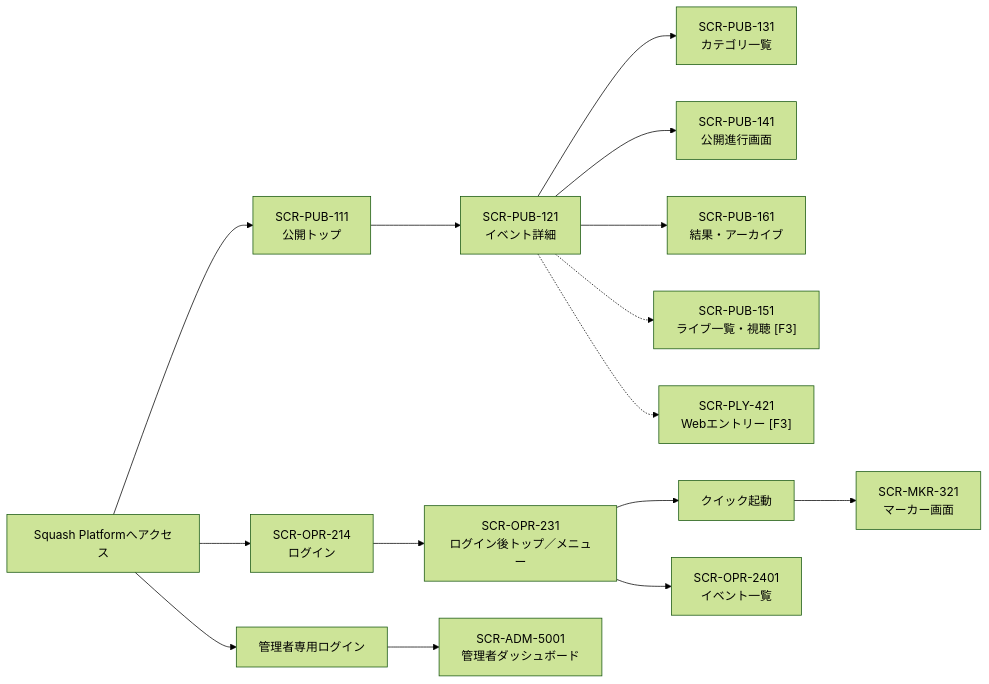
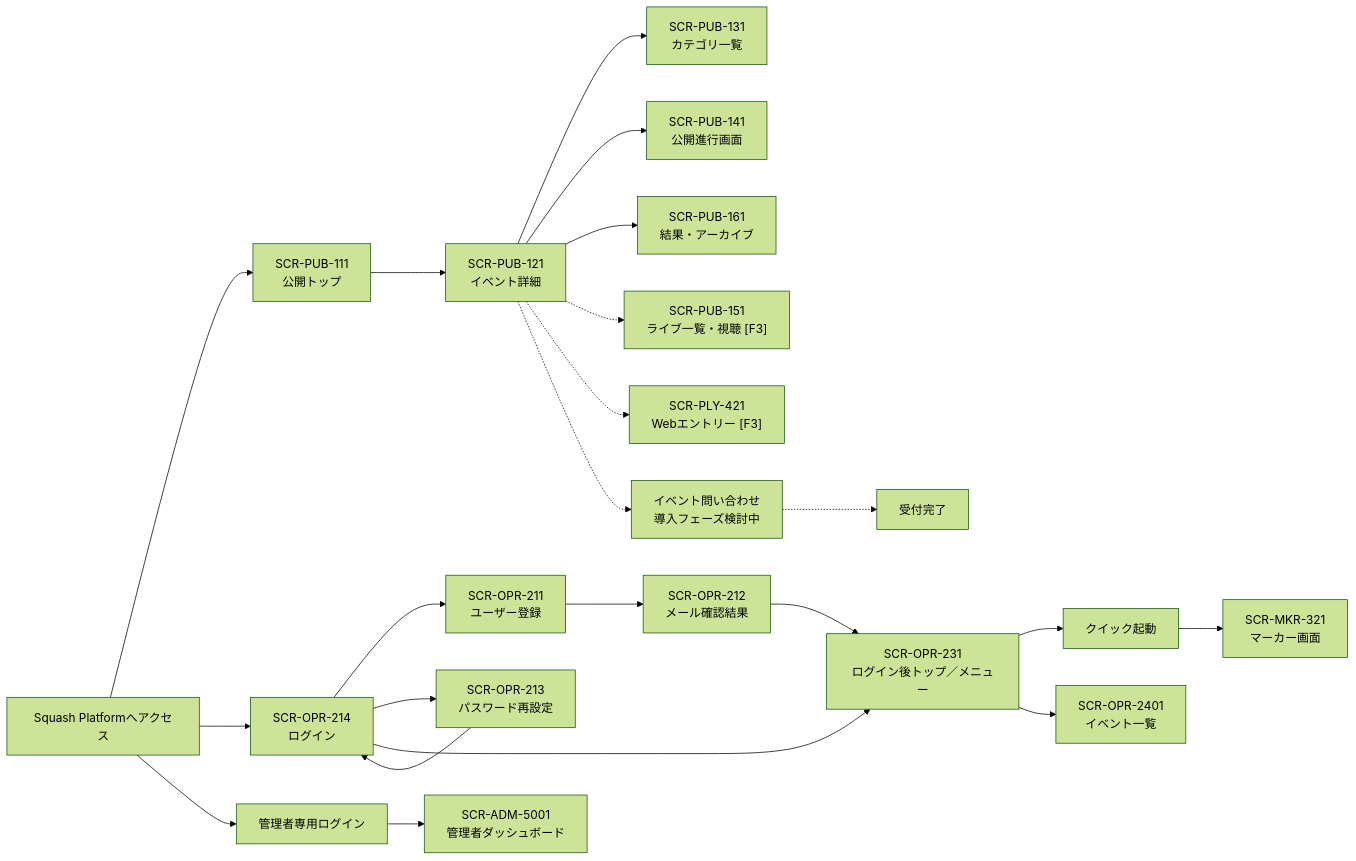
One commit to Miraisosha/S-NICK-Platform changed the first of 8 diagrams in docs/architecture/301_frontend.md. Above: the diagram before and after it, drawn with Mermaid (forest theme). The commit also changed other lines of this file and 14 other files, not shown here.

````diff
--- a/docs/architecture/301_frontend.md
+++ b/docs/architecture/301_frontend.md
@@ -17,21 +86,28 @@
 ```mermaid
 flowchart LR
     Start["Squash Platformへアクセス"] --> Public["SCR-PUB-111<br/>公開トップ"]
 
     Public --> Event["SCR-PUB-121<br/>イベント詳細"]
     Event --> Category["SCR-PUB-131<br/>カテゴリ一覧"]
     Event --> Progress["SCR-PUB-141<br/>公開進行画面"]
     Event --> Result["SCR-PUB-161<br/>結果・アーカイブ"]
     Event -.-> Live["SCR-PUB-151<br/>ライブ一覧・視聴 [F3]"]
 
     Start --> Login["SCR-OPR-214<br/>ログイン"]
+    Login --> Register["SCR-OPR-211<br/>ユーザー登録"]
+    Register --> Verify["SCR-OPR-212<br/>メール確認結果"]
+    Verify --> Menu
+    Login --> Reset["SCR-OPR-213<br/>パスワード再設定"]
+    Reset --> Login
     Login --> Menu["SCR-OPR-231<br/>ログイン後トップ／メニュー"]
     Menu --> Quick["クイック起動"]
     Quick --> Marker["SCR-MKR-321<br/>マーカー画面"]
     Menu --> Events["SCR-OPR-2401<br/>イベント一覧"]
 
     Start --> AdminLogin["管理者専用ログイン"]
     AdminLogin --> Admin["SCR-ADM-5001<br/>管理者ダッシュボード"]
 
     Event -.-> Entry["SCR-PLY-421<br/>Webエントリー [F3]"]
+    Event -.-> Inquiry["イベント問い合わせ<br/>導入フェーズ検討中"]
+    Inquiry -.-> InquiryDone["受付完了"]
 ```
````
